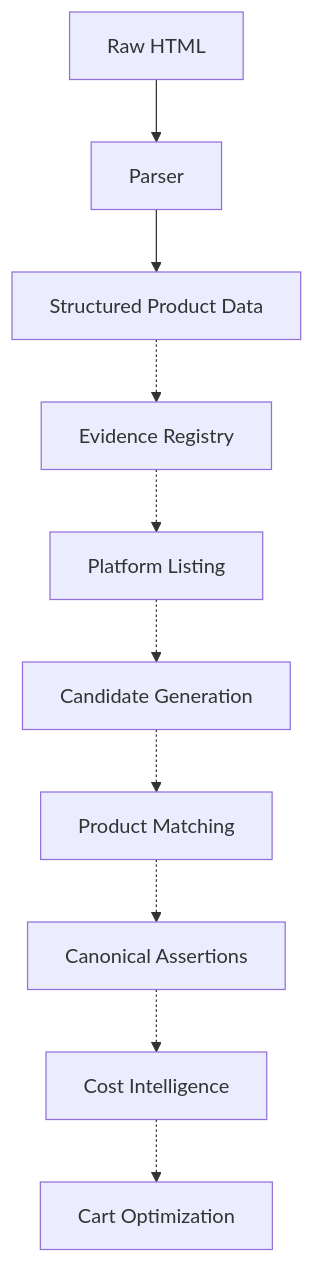
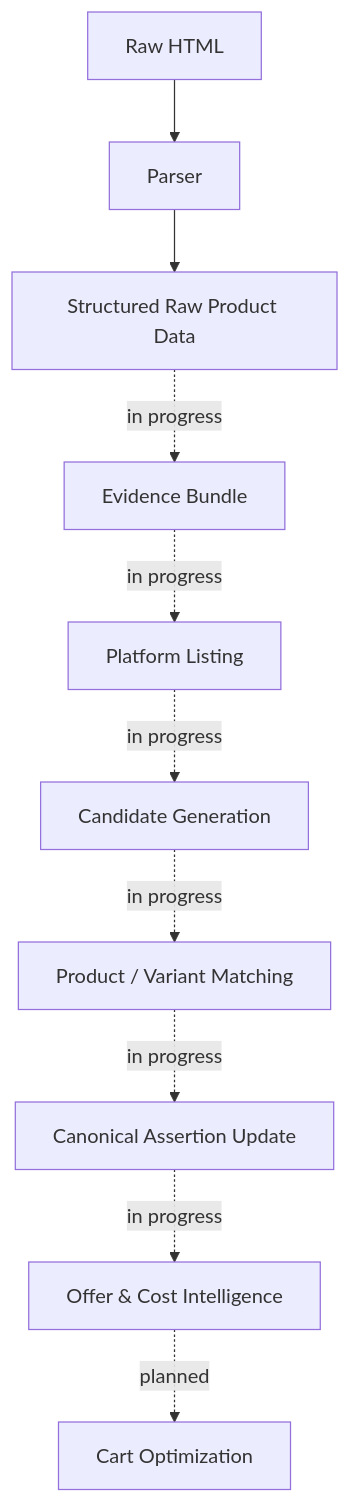
The diagram in README.md (neural-agi/Cartel-Smart-Cart-Optimizer), drawn with Mermaid before and after one commit. The commit also changed other lines of this file, not shown here.

First line of the commit message:
Improve README clarity and effective-cost emphasis

````diff
--- a/README.md
+++ b/README.md
@@ -241,13 +58,12 @@
 ```mermaid
 flowchart TD
     A[Raw HTML] --> B[Parser]
-    B --> C[Structured Product Data]
-
-    C -.-> D[Evidence Registry]
-    D -.-> E[Platform Listing]
-    E -.-> F[Candidate Generation]
-    F -.-> G[Product Matching]
-    G -.-> H[Canonical Assertions]
-    H -.-> I[Cost Intelligence]
-    I -.-> J[Cart Optimization]
+    B --> C[Structured Raw Product Data]
+    C -.->|in progress| D[Evidence Bundle]
+    D -.->|in progress| E[Platform Listing]
+    E -.->|in progress| F[Candidate Generation]
+    F -.->|in progress| G[Product / Variant Matching]
+    G -.->|in progress| H[Canonical Assertion Update]
+    H -.->|in progress| I[Offer & Cost Intelligence]
+    I -.->|planned| J[Cart Optimization]
 ```
````
